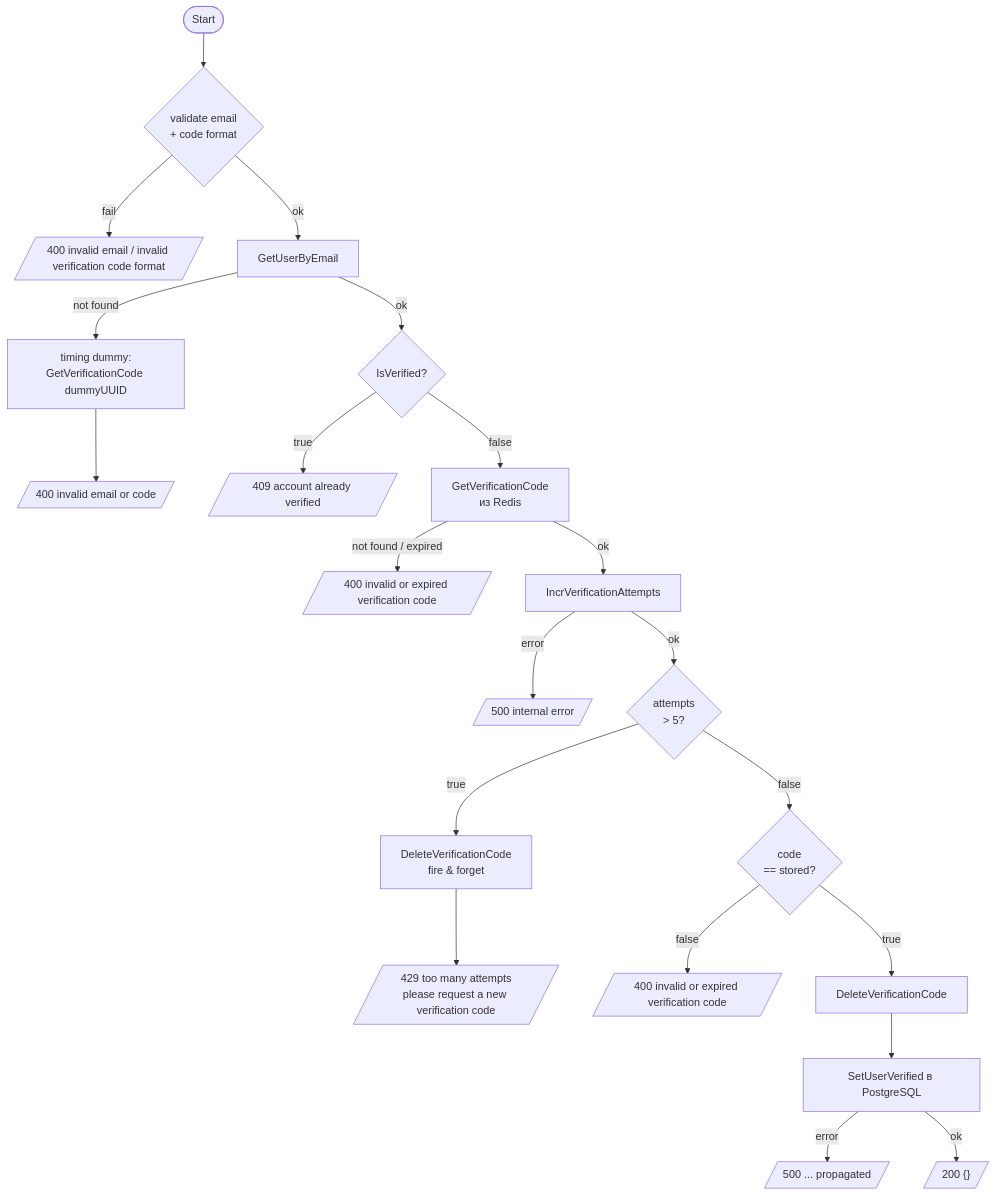
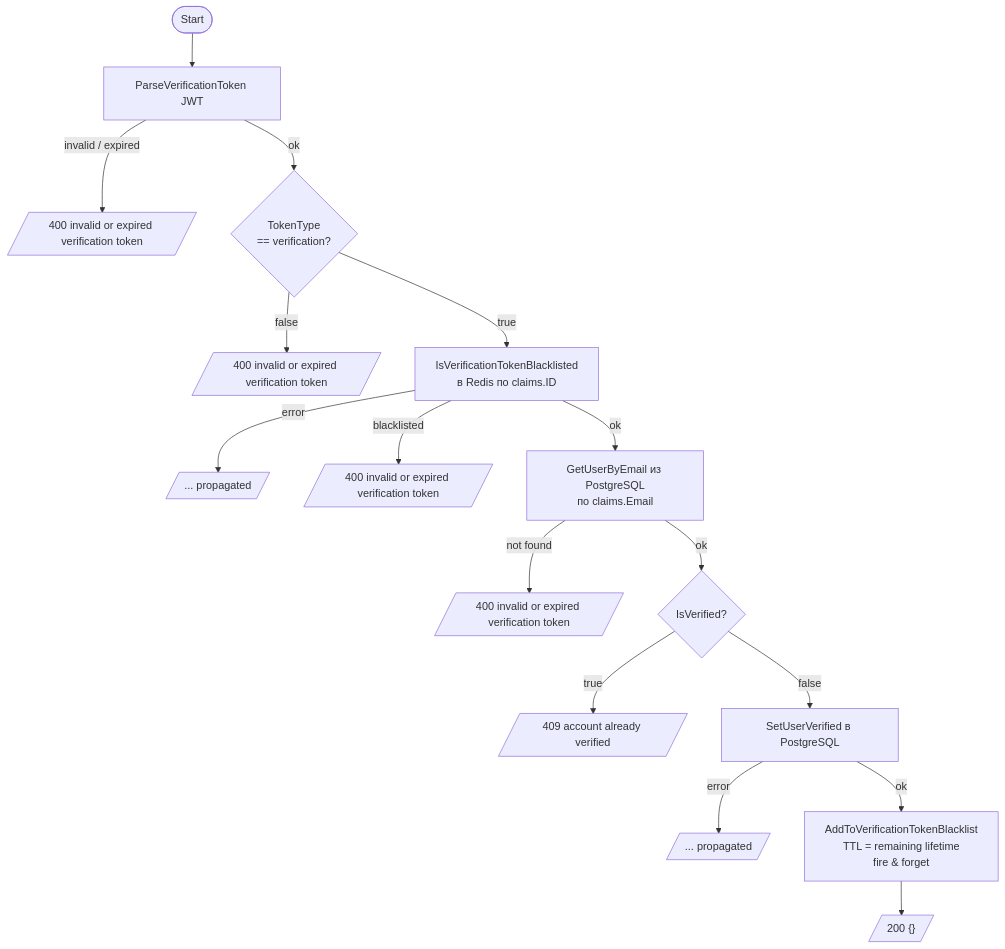
One commit to unwelcome/FrameWorkTask1 changed the third of 10 diagrams in backend/auth/docs/flows.md. Above: the diagram before and after it, drawn with Mermaid. The commit also changed other lines of this file and 18 other files, not shown here.

````diff
--- a/backend/auth/docs/flows.md
+++ b/backend/auth/docs/flows.md
@@ -86,30 +98,23 @@
 ```mermaid
 flowchart TD
-    A([Start]) --> V1{validate email\n+ code format}
-    V1 -->|fail| E1[/"400 invalid email / invalid verification code format"/]
+    A([Start]) --> PT[ParseVerificationToken JWT]
+    PT -->|invalid / expired| E1[/"400 invalid or expired verification token"/]
 
-    V1 -->|ok| DB1[GetUserByEmail]
-    DB1 -->|not found| DUMMY[timing dummy:\nGetVerificationCode dummyUUID]
-    DUMMY --> E2[/"400 invalid email or code"/]
+    PT -->|ok| TTP{TokenType\n== verification?}
+    TTP -->|false| E2[/"400 invalid or expired verification token"/]
+
+    TTP -->|true| BL1[IsVerificationTokenBlacklisted\nв Redis по claims.ID]
+    BL1 -->|error| E3[/"... propagated"/]
+    BL1 -->|blacklisted| E4[/"400 invalid or expired verification token"/]
+
+    BL1 -->|ok| DB1[GetUserByEmail из PostgreSQL\nпо claims.Email]
+    DB1 -->|not found| E5[/"400 invalid or expired verification token"/]
 
     DB1 -->|ok| VER{IsVerified?}
-    VER -->|true| E3[/"409 account already verified"/]
+    VER -->|true| E6[/"409 account already verified"/]
 
-    VER -->|false| RD1[GetVerificationCode\nиз Redis]
-    RD1 -->|not found / expired| E4[/"400 invalid or expired verification code"/]
-
-    RD1 -->|ok| INC[IncrVerificationAttempts]
-    INC -->|error| E5[/"500 internal error"/]
-
-    INC -->|ok| ATT{attempts\n> 5?}
-    ATT -->|true| DEL1[DeleteVerificationCode\nfire & forget]
-    DEL1 --> E6[/"429 too many attempts\nplease request a new verification code"/]
-
-    ATT -->|false| CMP{code\n== stored?}
-    CMP -->|false| E7[/"400 invalid or expired verification code"/]
-
-    CMP -->|true| DEL2[DeleteVerificationCode]
-    DEL2 --> DB2[SetUserVerified в PostgreSQL]
-    DB2 -->|error| E8[/"500 ... propagated"/]
-    DB2 -->|ok| OK[/"200 {}"/]
+    VER -->|false| DB2[SetUserVerified в PostgreSQL]
+    DB2 -->|error| E7[/"... propagated"/]
+    DB2 -->|ok| BL2["AddToVerificationTokenBlacklist\nTTL = remaining lifetime\nfire & forget"]
+    BL2 --> OK[/"200 {}"/]
 ```
````
